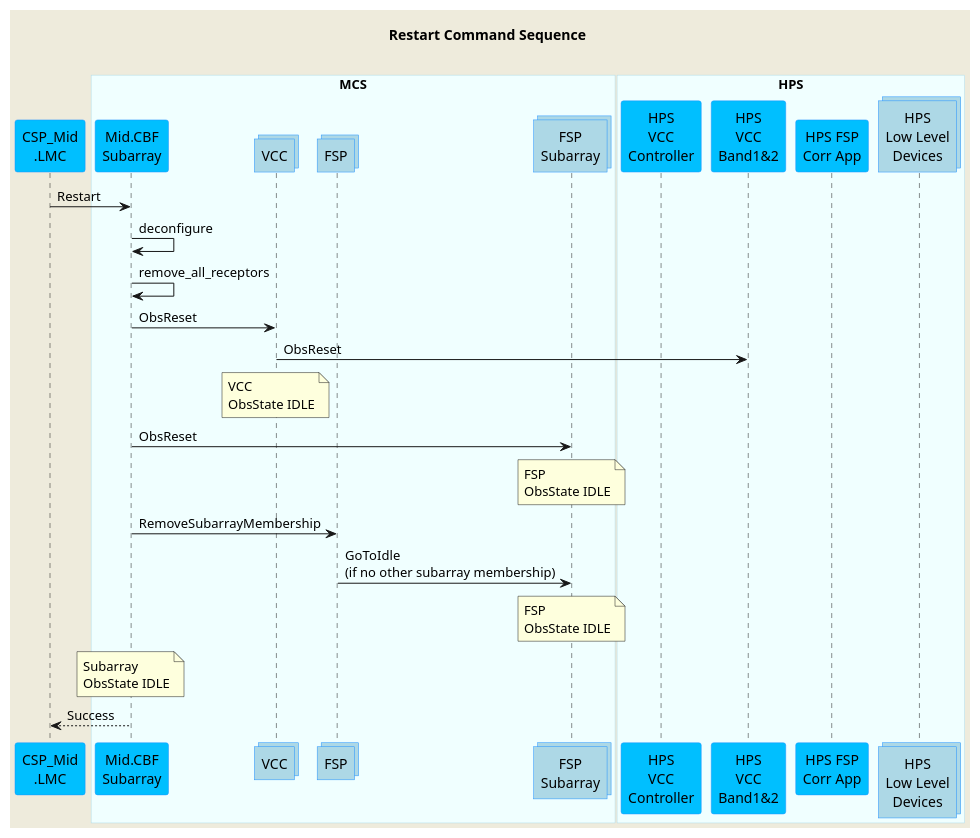
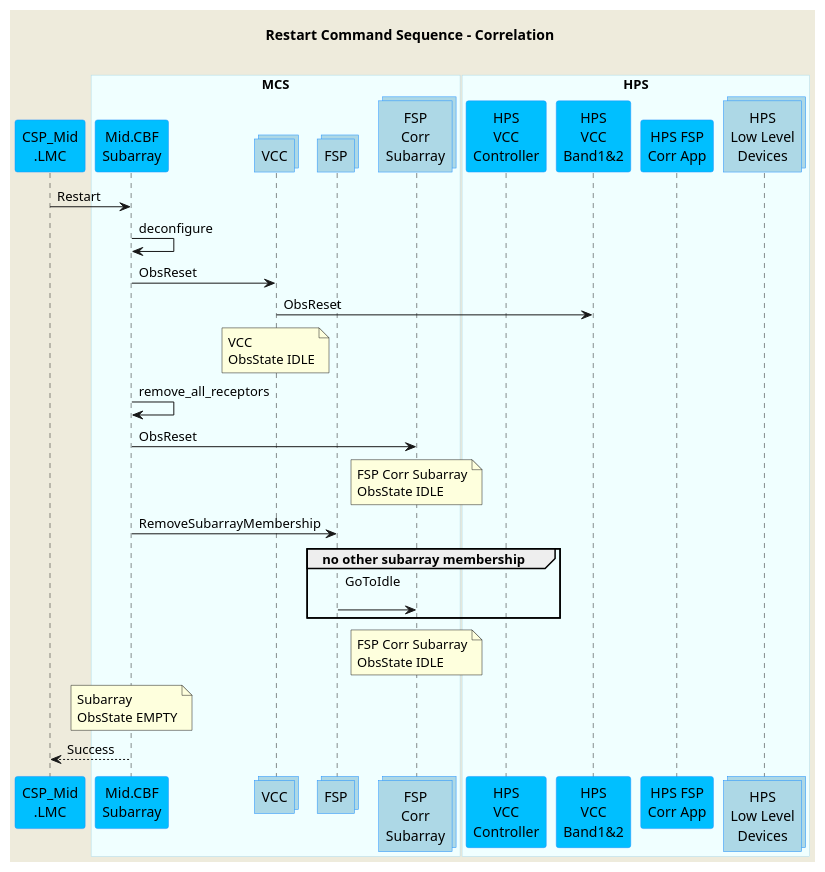
The diagram in docs/src/diagrams/restart-command.puml (ska-telescope/mid-cbf-mcs), drawn with PlantUML before and after one commit. The commit also changed 20 other files, not shown here.

```diff
--- a/docs/src/diagrams/restart-command.puml
+++ b/docs/src/diagrams/restart-command.puml
@@ -1,58 +1,62 @@
 @startuml
 'https://plantuml.com/sequence-diagram
 
 skinparam backgroundColor #EEEBDC
 skinparam sequence {
 ParticipantBorderColor DodgerBlue
 ParticipantBackgroundColor DeepSkyBlue
 ActorBorderColor DarkGreen
 ActorBackgroundColor Green
 BoxBorderColor LightBlue
 BoxBackgroundColor #F0FFFF
 }
 
 skinparam collections {
   BackGroundColor LightBlue
   BorderColor DodgerBlue
 }
 
 skinparam database {
   BackgroundColor LightGreen
   BorderColor DarkGreen
 }
 
-title Restart Command Sequence\n
+title Restart Command Sequence - Correlation\n
 
 participant "CSP_Mid\n.LMC" as lmc
 
 box "MCS"
 participant "Mid.CBF\nSubarray" as subarray
 collections "VCC" as vcc
 collections "FSP" as fsp
-collections "FSP\nSubarray" as fspsubarray
+collections "FSP\nCorr\nSubarray" as fspsubarray
 end box
 
 box "HPS"
 participant "HPS\nVCC\nController" as hpsvcc
 participant "HPS\nVCC\nBand1&2" as hpsvccband
 participant "HPS FSP\nCorr App" as hpsfsp
 collections "HPS\nLow Level\nDevices" as hpsdevices
 end box
 
 lmc         ->  subarray      : Restart
 
 subarray    ->  subarray      : deconfigure
-subarray    ->  subarray      : remove_all_receptors
 subarray    ->  vcc           : ObsReset
 vcc         ->  hpsvccband    : ObsReset
 note over vcc                 : VCC\nObsState IDLE
+subarray    ->  subarray      : remove_all_receptors
 subarray    ->  fspsubarray   : ObsReset
-note over fspsubarray         : FSP\nObsState IDLE
+note over fspsubarray         : FSP Corr Subarray\nObsState IDLE
 subarray    ->  fsp           : RemoveSubarrayMembership
-fsp         ->  fspsubarray   : GoToIdle\n(if no other subarray membership)
-note over fspsubarray         : FSP\nObsState IDLE
-note over subarray            : Subarray\nObsState IDLE
+
+group no other subarray membership
+fsp         ->  fspsubarray   : GoToIdle\n
+end group
+
+note over fspsubarray         : FSP Corr Subarray\nObsState IDLE
+note over subarray            : Subarray\nObsState EMPTY
 lmc        <--  subarray      : Success
 
 
 @enduml
```
